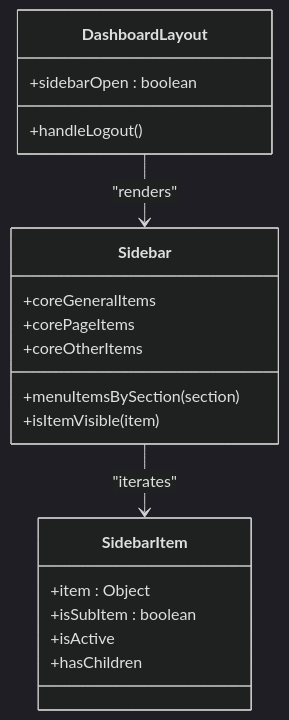
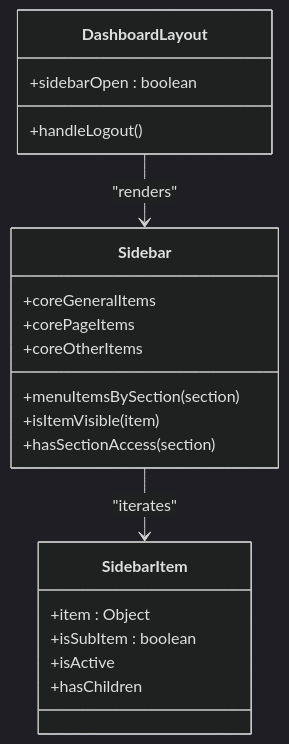
The eighth of 14 diagrams in .qoder/repowiki/en/content/Frontend Architecture/Frontend Architecture.md (Nikita5543/New-SSO-02), drawn with Mermaid (dark theme) before and after one commit. The commit also changed other lines of this file and 4 other files, not shown here.

````diff
--- a/.qoder/repowiki/en/content/Frontend Architecture/Frontend Architecture.md
+++ b/.qoder/repowiki/en/content/Frontend Architecture/Frontend Architecture.md
@@ -413,22 +435,23 @@
 ```mermaid
 classDiagram
 class DashboardLayout {
 +sidebarOpen : boolean
 +handleLogout()
 }
 class Sidebar {
 +coreGeneralItems
 +corePageItems
 +coreOtherItems
 +menuItemsBySection(section)
 +isItemVisible(item)
++hasSectionAccess(section)
 }
 class SidebarItem {
 +item : Object
 +isSubItem : boolean
 +isActive
 +hasChildren
 }
 DashboardLayout --> Sidebar : "renders"
 Sidebar --> SidebarItem : "iterates"
 ```
````
